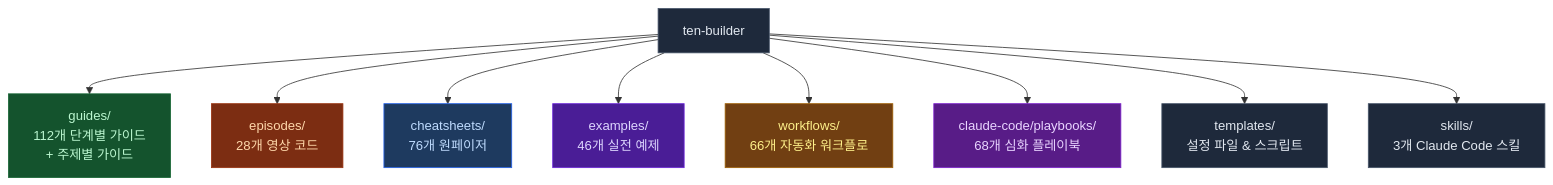
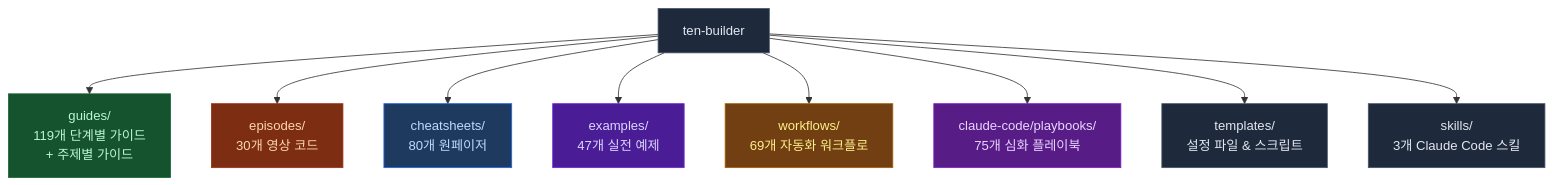
The first of 2 diagrams in README.md (ten-builder/ten-builder), drawn with Mermaid before and after one commit. The commit also changed other lines of this file, not shown here.

Commit message:
docs: README sync — guides 111-119, EP29-30, playbook 74-75, cheatsheets 4 added

````diff
--- a/README.md
+++ b/README.md
@@ -23,21 +23,21 @@
 ```mermaid
 flowchart TD
-    R["ten-builder"] --> G["guides/\n112개 단계별 가이드\n+ 주제별 가이드"]
-    R --> E["episodes/\n28개 영상 코드"]
-    R --> C["cheatsheets/\n76개 원페이저"]
-    R --> EX["examples/\n46개 실전 예제"]
-    R --> W["workflows/\n66개 자동화 워크플로"]
-    R --> P["claude-code/playbooks/\n68개 심화 플레이북"]
+    R["ten-builder"] --> G["guides/\n119개 단계별 가이드\n+ 주제별 가이드"]
+    R --> E["episodes/\n30개 영상 코드"]
+    R --> C["cheatsheets/\n80개 원페이저"]
+    R --> EX["examples/\n47개 실전 예제"]
+    R --> W["workflows/\n69개 자동화 워크플로"]
+    R --> P["claude-code/playbooks/\n75개 심화 플레이북"]
     R --> T["templates/\n설정 파일 & 스크립트"]
     R --> S["skills/\n3개 Claude Code 스킬"]
 
     style R fill:#1e293b,stroke:#475569,color:#e2e8f0
     style G fill:#14532d,stroke:#166534,color:#bbf7d0
     style E fill:#7c2d12,stroke:#9a3412,color:#fed7aa
     style C fill:#1e3a5f,stroke:#2563eb,color:#bfdbfe
     style EX fill:#4a1d96,stroke:#6d28d9,color:#ddd6fe
     style W fill:#713f12,stroke:#a16207,color:#fef08a
     style P fill:#581c87,stroke:#7e22ce,color:#e9d5ff
     style T fill:#1e293b,stroke:#475569,color:#e2e8f0
     style S fill:#1e293b,stroke:#475569,color:#e2e8f0
 ```
````
